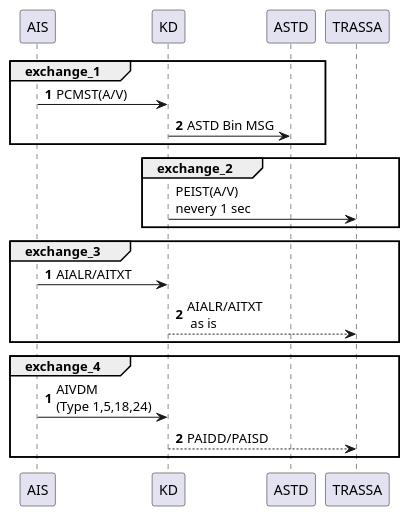
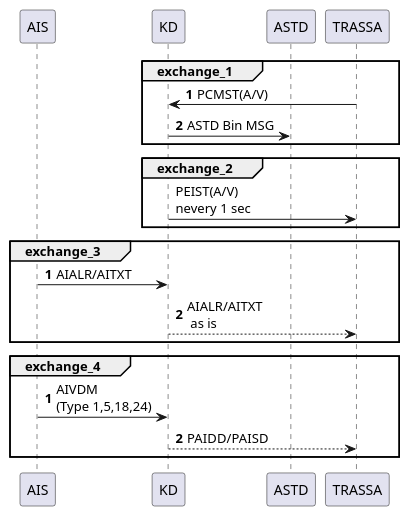
Before and after one commit to slukashenkov/fw_v2: the diagram in test_bl/test_trassa_plugin/resources_trassa/plugin_diagram.md, drawn with PlantUML. The commit also changed 4 other files, not shown here.

````diff
--- a/test_bl/test_trassa_plugin/resources_trassa/plugin_diagram.md
+++ b/test_bl/test_trassa_plugin/resources_trassa/plugin_diagram.md
@@ -1,33 +1,31 @@
 ```puml
 @startuml
 participant AIS 
 participant KD  
 participant ASTD 
 participant TRASSA
 
-
-
 autonumber 01
 group exchange_1
-    AIS ->KD: PCMST(A/V)
+    TRASSA ->KD: PCMST(A/V)
     KD ->ASTD: ASTD Bin MSG
 end
 
 autonumber stop
 group exchange_2
 KD -> TRASSA: PEIST(A/V)\nnevery 1 sec
 end
 autonumber 01
 group exchange_3
     AIS ->KD: AIALR/AITXT 
     KD -->TRASSA: AIALR/AITXT\n as is
 end
 autonumber stop
 autonumber 01
 group exchange_4
     AIS ->KD: AIVDM\n(Type 1,5,18,24) 
     KD -->TRASSA: PAIDD/PAISD
 end
 autonumber stop
 @enduml
 ```
````
